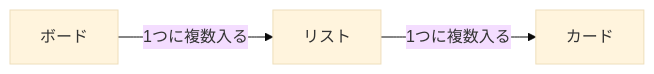
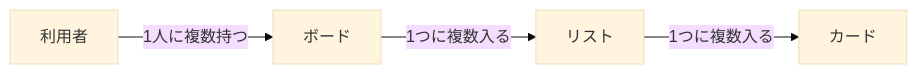
Before and after one commit to major182/TaskManegementTool: the diagram in 01-4_データ要件.md, drawn with Mermaid (base theme). The commit also changed other lines of this file and 6 other files, not shown here.

````diff
--- a/01-4_データ要件.md
+++ b/01-4_データ要件.md
@@ -20,5 +22,6 @@
 ```mermaid
 flowchart LR
-    B["ボード"] -->|"1つに複数入る"| L["リスト"]
+    U["利用者"] -->|"1人に複数持つ"| B["ボード"]
+    B -->|"1つに複数入る"| L["リスト"]
     L -->|"1つに複数入る"| C["カード"]
 ```
````
